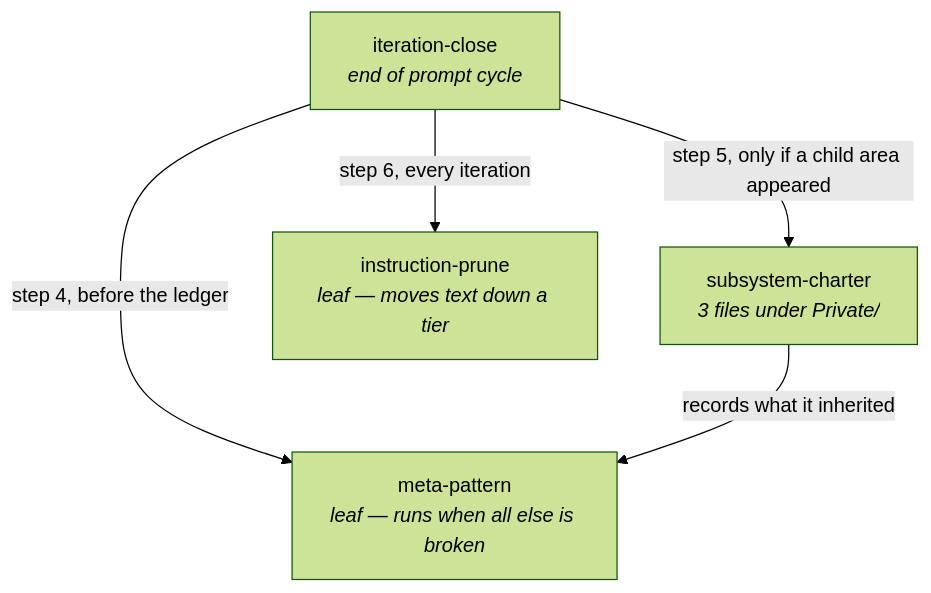
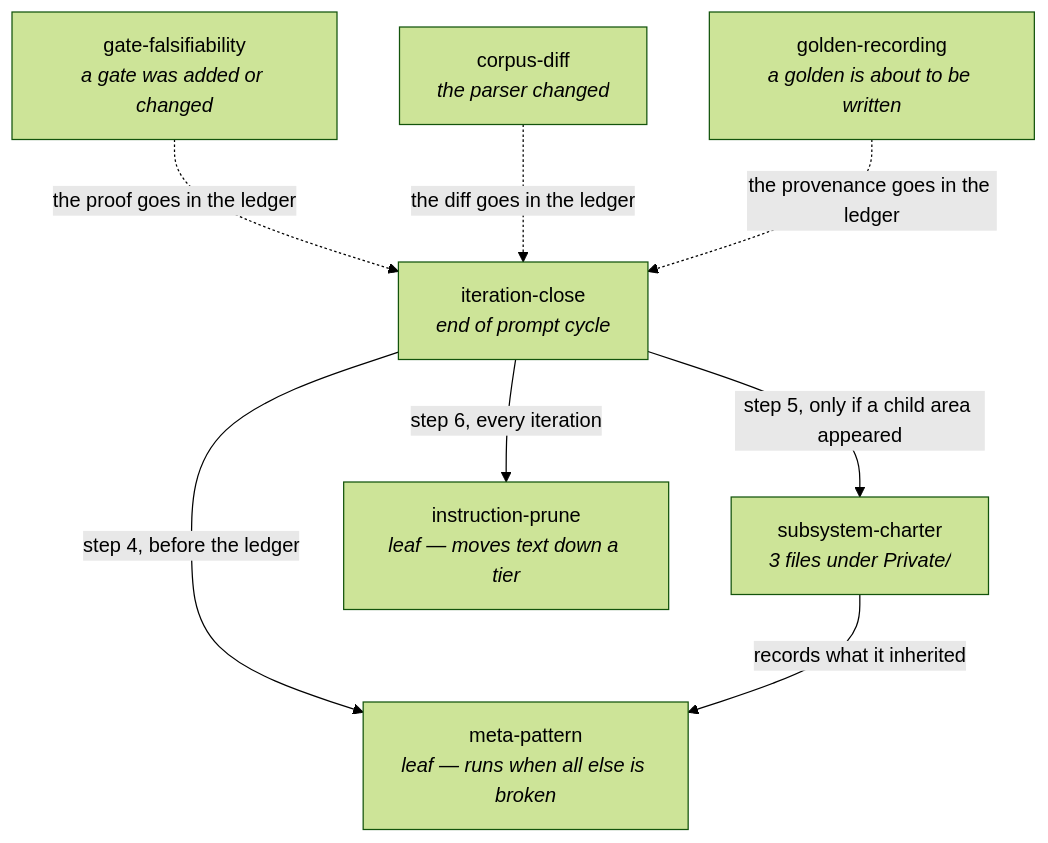
The diagram in .claude/skills/README.md (JerryBalmer1/PSModuleGraph), drawn with Mermaid (forest theme) before and after one commit. The commit also changed other lines of this file and 4 other files, not shown here.

````diff
--- a/.claude/skills/README.md
+++ b/.claude/skills/README.md
@@ -20,12 +27,18 @@
 ```mermaid
 graph TD
     IC["iteration-close<br/><i>end of prompt cycle</i>"]
     SC["subsystem-charter<br/><i>3 files under Private/</i>"]
     MP["meta-pattern<br/><i>leaf — runs when all else is broken</i>"]
     IP["instruction-prune<br/><i>leaf — moves text down a tier</i>"]
+    GF["gate-falsifiability<br/><i>a gate was added or changed</i>"]
+    GR["golden-recording<br/><i>a golden is about to be written</i>"]
+    CD["corpus-diff<br/><i>the parser changed</i>"]
 
     IC -->|"step 4, before the ledger"| MP
     IC -->|"step 5, only if a child area appeared"| SC
     IC -->|"step 6, every iteration"| IP
     SC -->|"records what it inherited"| MP
+    GF -.->|"the proof goes in the ledger"| IC
+    CD -.->|"the diff goes in the ledger"| IC
+    GR -.->|"the provenance goes in the ledger"| IC
 ```
````
